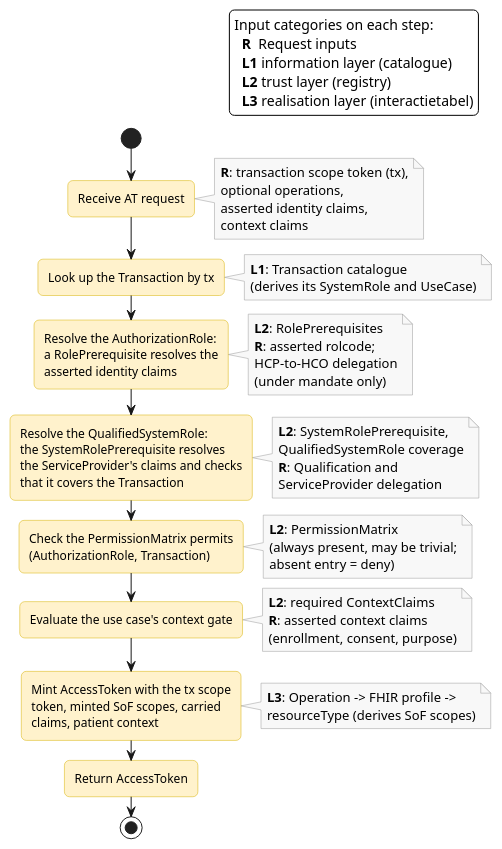
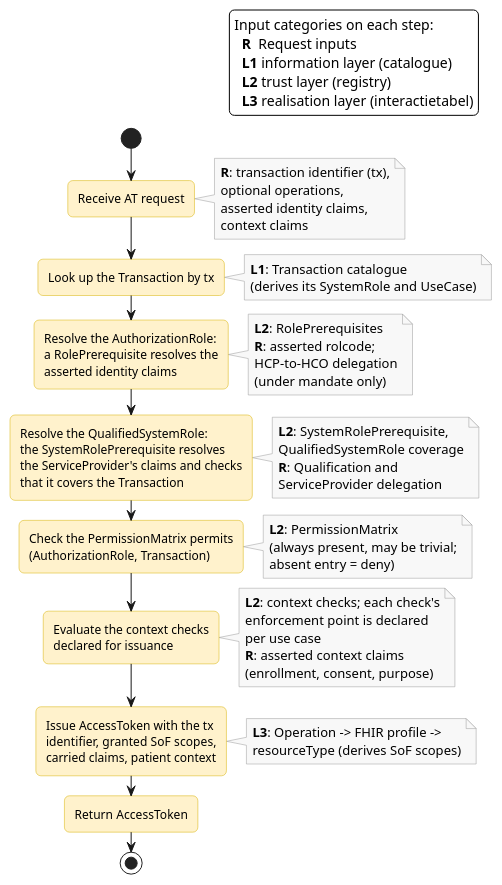
The diagram in input/images-source/authorization-model-evaluation.plantuml (nuts-foundation/nl-generic-functions-ig), drawn with PlantUML before and after one commit. The commit also changed 2 other files, not shown here.

Commit message:
docs(authorization): split enforcement REQs and align terminology
After review on PR 109: REQ-7/REQ-8 now separate issuance-time identity
and permission checks from context checks whose enforcement point the
trust framework declares per use case (issuance, introspection, or a
PDP at the resource server). State rules from the information-standard
lifecycle get a named place, enforced by the resource server. Scopes
are granted (not minted), "token" is reserved for the access token,
and the context gate is renamed to context checks.

```diff
--- a/input/images-source/authorization-model-evaluation.plantuml
+++ b/input/images-source/authorization-model-evaluation.plantuml
@@ -5,87 +5,90 @@
 @startuml authorization-model-evaluation
 
 skinparam defaultFontName Arial
 skinparam backgroundColor white
 skinparam roundcorner 10
 skinparam activity {
   BackgroundColor #FFF2CC
   BorderColor #D6B000
 }
 skinparam noteBackgroundColor #F8F8F8
 skinparam noteBorderColor #999999
 
 ' Happy path. Any check failure results in rejection (not shown).
 
 legend top right
   Input categories on each step:
     **R**  Request inputs
     **L1** information layer (catalogue)
     **L2** trust layer (registry)
     **L3** realisation layer (interactietabel)
 endlegend
 
 start
 
 :Receive AT request;
 note right
-  **R**: transaction scope token (tx),
+  **R**: transaction identifier (tx),
   optional operations,
   asserted identity claims,
   context claims
 end note
 
 :Look up the Transaction by tx;
 note right
   **L1**: Transaction catalogue
   (derives its SystemRole and UseCase)
 end note
 
 :Resolve the AuthorizationRole:
 a RolePrerequisite resolves the
 asserted identity claims;
 note right
   **L2**: RolePrerequisites
   **R**: asserted rolcode;
   HCP-to-HCO delegation
   (under mandate only)
 end note
 
 :Resolve the QualifiedSystemRole:
 the SystemRolePrerequisite resolves
 the ServiceProvider's claims and checks
 that it covers the Transaction;
 note right
   **L2**: SystemRolePrerequisite,
   QualifiedSystemRole coverage
   **R**: Qualification and
   ServiceProvider delegation
 end note
 
 :Check the PermissionMatrix permits
 (AuthorizationRole, Transaction);
 note right
   **L2**: PermissionMatrix
   (always present, may be trivial;
   absent entry = deny)
 end note
 
-:Evaluate the use case's context gate;
+:Evaluate the context checks
+declared for issuance;
 note right
-  **L2**: required ContextClaims
+  **L2**: context checks; each check's
+  enforcement point is declared
+  per use case
   **R**: asserted context claims
   (enrollment, consent, purpose)
 end note
 
-:Mint AccessToken with the tx scope
-token, minted SoF scopes, carried
-claims, patient context;
+:Issue AccessToken with the tx
+identifier, granted SoF scopes,
+carried claims, patient context;
 note right
   **L3**: Operation -> FHIR profile ->
   resourceType (derives SoF scopes)
 end note
 
 :Return AccessToken;
 
 stop
 
 @enduml
```
